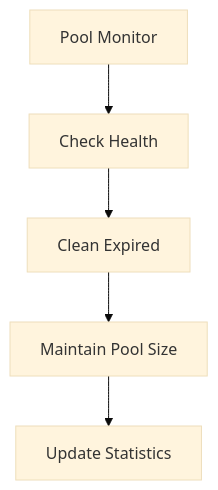
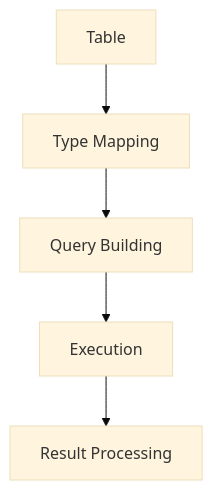
The third of 3 diagrams in docs/core/database-architecture.md (secure73/gemvc), drawn with Mermaid (base theme) before and after one commit. The commit also changed other lines of this file, not shown here.

````diff
--- a/docs/core/database-architecture.md
+++ b/docs/core/database-architecture.md
@@ -132,7 +155,7 @@
 ```mermaid
 graph TD
-    A[Pool Monitor] --> B[Check Health]
-    B --> C[Clean Expired]
-    C --> D[Maintain Pool Size]
-    D --> E[Update Statistics]
+    A[Table] --> B[Type Mapping]
+    B --> C[Query Building]
+    C --> D[Execution]
+    D --> E[Result Processing]
 ```
````
